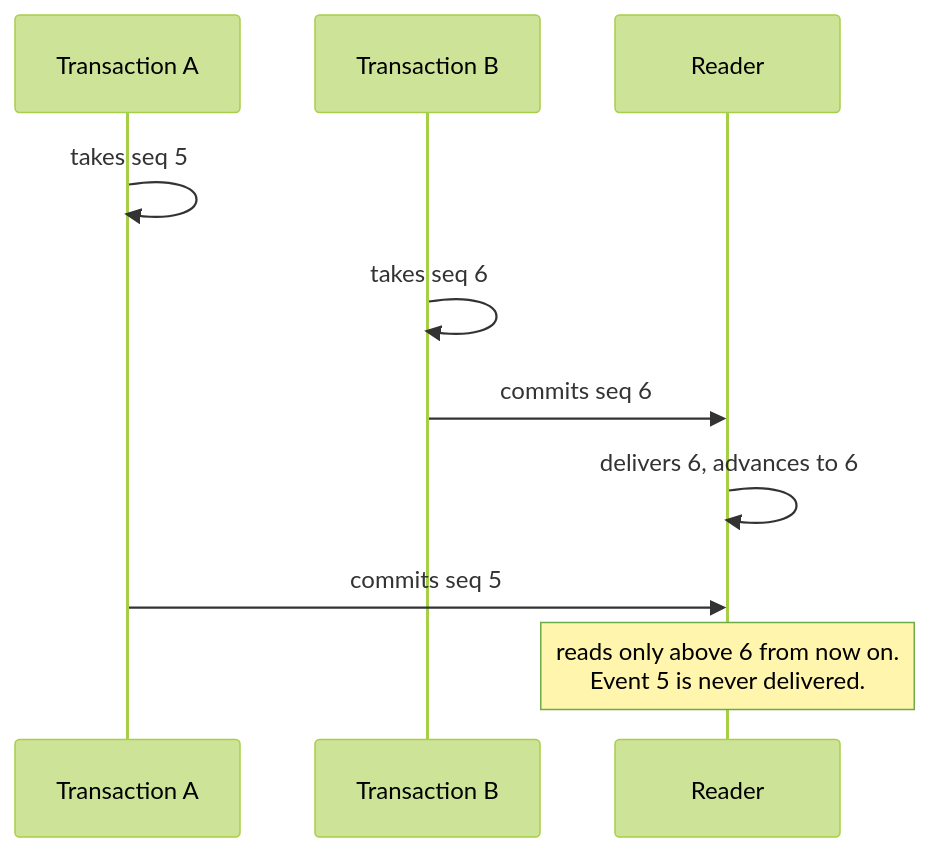
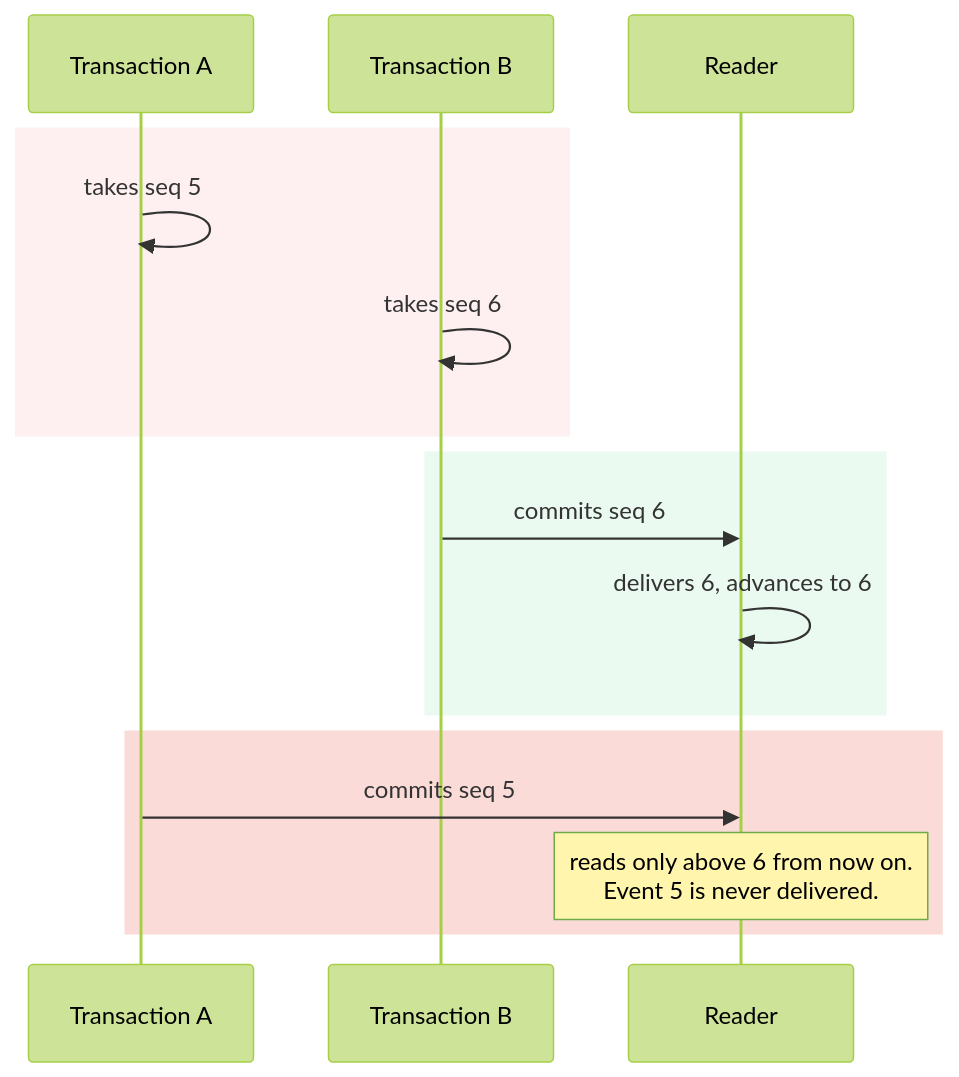
The tenth of 50 diagrams in ontology/persistence/README.md (nebularis/lattice), drawn with Mermaid (forest theme) before and after one commit. The commit also changed other lines of this file and 9 other files, not shown here.

````diff
--- a/ontology/persistence/README.md
+++ b/ontology/persistence/README.md
@@ -973,12 +1044,18 @@
 ```mermaid
 sequenceDiagram
     participant A as Transaction A
     participant B as Transaction B
     participant R as Reader
+    rect rgba(253, 226, 228, 0.5)
     A->>A: takes seq 5
     B->>B: takes seq 6
+    end
+    rect rgba(213, 245, 227, 0.5)
     B->>R: commits seq 6
     R->>R: delivers 6, advances to 6
+    end
+    rect rgba(245, 183, 177, 0.5)
     A->>R: commits seq 5
     Note over R: reads only above 6 from now on.<br/>Event 5 is never delivered.
+    end
 ```
````
